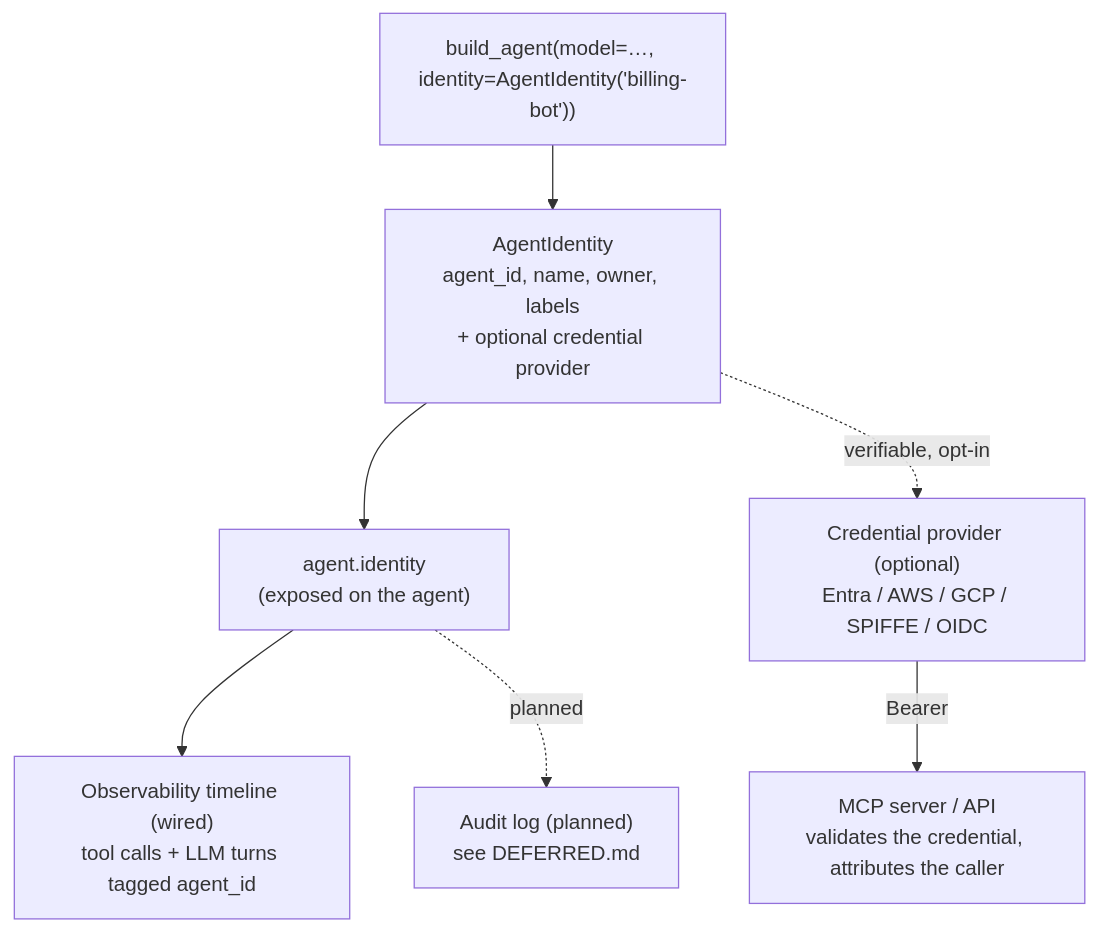
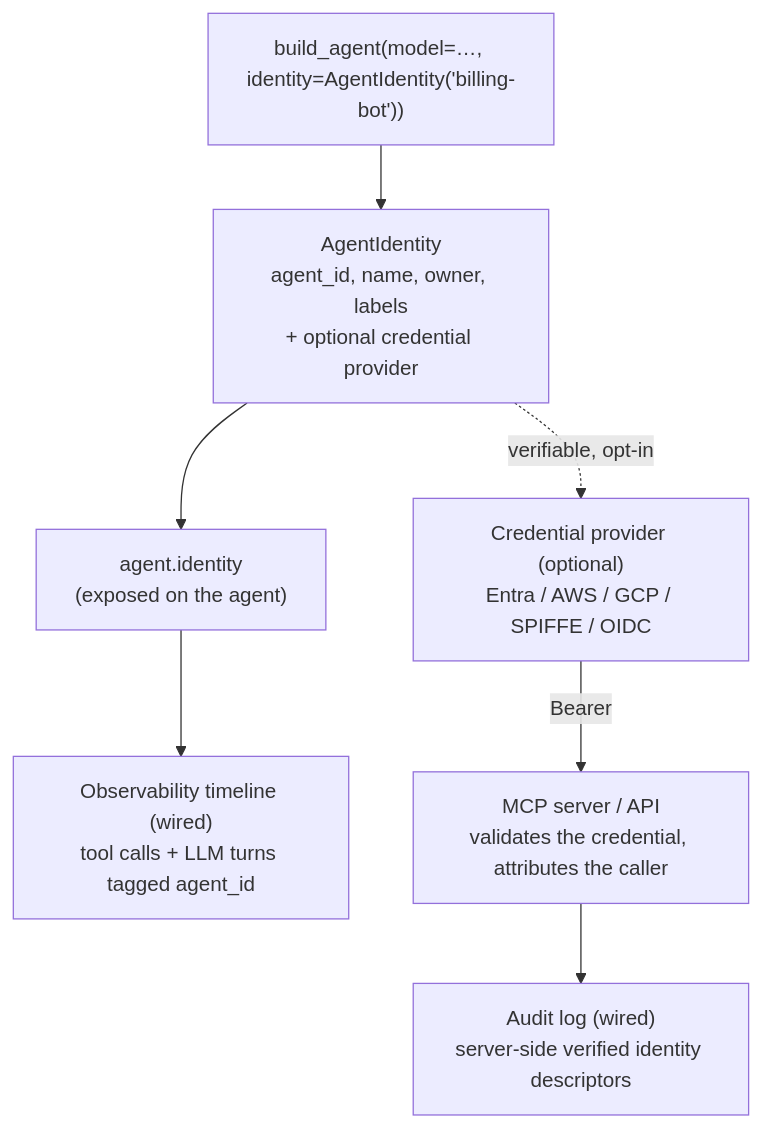
The diagram in docs/identity/architecture.md (CloudEngineHub/DeepMCPAgent), drawn with Mermaid before and after one commit. The commit also changed other lines of this file and 26 other files, not shown here.

````diff
--- a/docs/identity/architecture.md
+++ b/docs/identity/architecture.md
@@ -10,15 +10,15 @@
 ```mermaid
 flowchart TD
     U["build_agent(model=…, identity=AgentIdentity('billing-bot'))"]
     AI["AgentIdentity<br/>agent_id, name, owner, labels<br/>+ optional credential provider"]
     AG["agent.identity<br/>(exposed on the agent)"]
     OBS["Observability timeline (wired)<br/>tool calls + LLM turns tagged agent_id"]
-    AUD["Audit log (planned)<br/>see DEFERRED.md"]
+    AUD["Audit log (wired)<br/>server-side verified identity descriptors"]
     CRED["Credential provider (optional)<br/>Entra / AWS / GCP / SPIFFE / OIDC"]
     MCP["MCP server / API<br/>validates the credential, attributes the caller"]
 
     U --> AI --> AG
     AG --> OBS
-    AG -. planned .-> AUD
+    MCP --> AUD
     AI -. verifiable, opt-in .-> CRED -->|"Bearer <jwt>"| MCP
 ```
````
